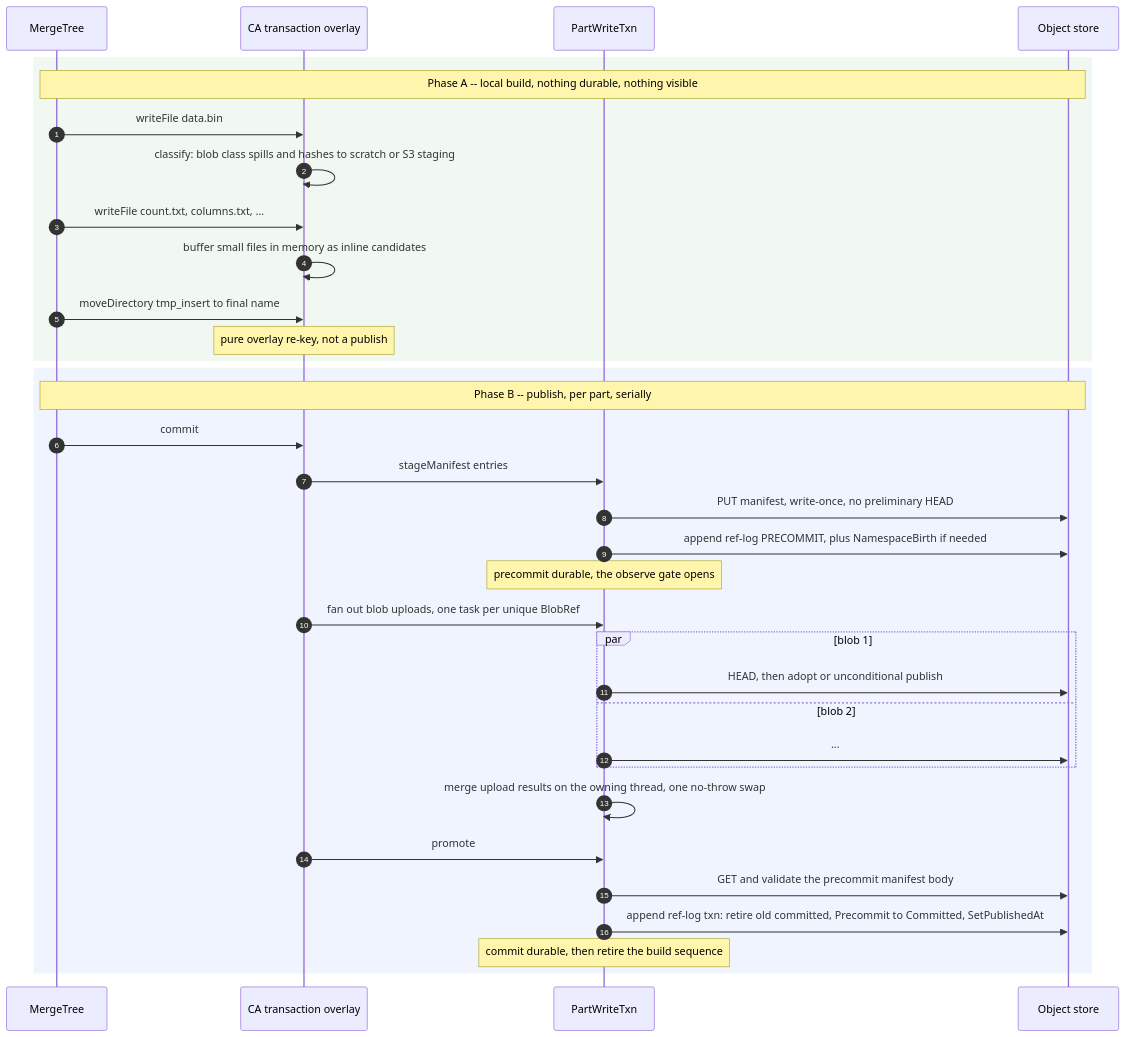
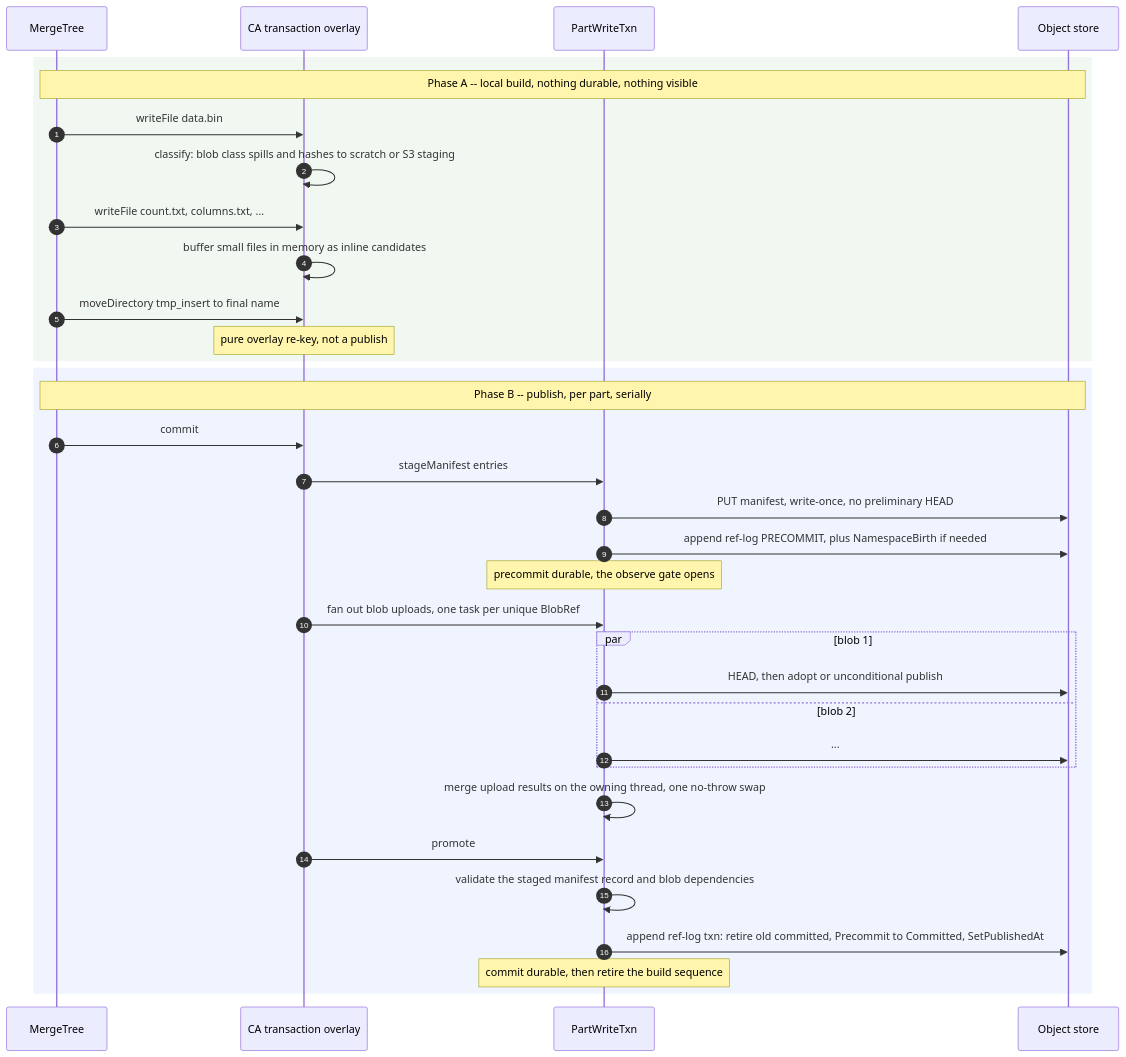
One commit to Altinity/ClickHouse changed the diagram in docs/en/antalya/cas/architecture/part-lifecycle.md. Above: the diagram before and after it, drawn with Mermaid. The commit also changed other lines of this file and 3 other files, not shown here.

````diff
--- a/docs/en/antalya/cas/architecture/part-lifecycle.md
+++ b/docs/en/antalya/cas/architecture/part-lifecycle.md
@@ -23,38 +23,38 @@
 ```mermaid
 sequenceDiagram
     autonumber
     participant MT as MergeTree
     participant TX as CA transaction overlay
     participant PW as PartWriteTxn
     participant S3 as Object store
 
     rect rgba(140,190,140,0.12)
     Note over MT,S3: Phase A -- local build, nothing durable, nothing visible
     MT->>TX: writeFile data.bin
     TX->>TX: classify: blob class spills and hashes to scratch or S3 staging
     MT->>TX: writeFile count.txt, columns.txt, ...
     TX->>TX: buffer small files in memory as inline candidates
     MT->>TX: moveDirectory tmp_insert to final name
     Note over TX: pure overlay re-key, not a publish
     end
 
     rect rgba(120,160,255,0.12)
     Note over MT,S3: Phase B -- publish, per part, serially
     MT->>TX: commit
     TX->>PW: stageManifest entries
     PW->>S3: PUT manifest, write-once, no preliminary HEAD
     PW->>S3: append ref-log PRECOMMIT, plus NamespaceBirth if needed
     Note over PW: precommit durable, the observe gate opens
     TX->>PW: fan out blob uploads, one task per unique BlobRef
     par blob 1
         PW->>S3: HEAD, then adopt or unconditional publish
     and blob 2
         PW->>S3: ...
     end
     PW->>PW: merge upload results on the owning thread, one no-throw swap
     TX->>PW: promote
-    PW->>S3: GET and validate the precommit manifest body
+    PW->>PW: validate the staged manifest record and blob dependencies
     PW->>S3: append ref-log txn: retire old committed, Precommit to Committed, SetPublishedAt
     Note over PW: commit durable, then retire the build sequence
     end
 ```
````
